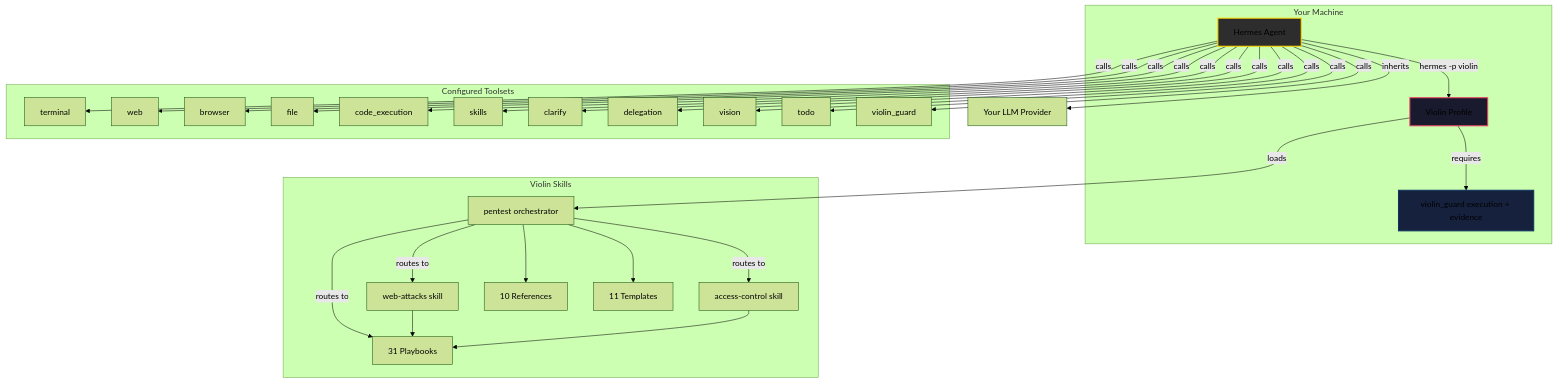
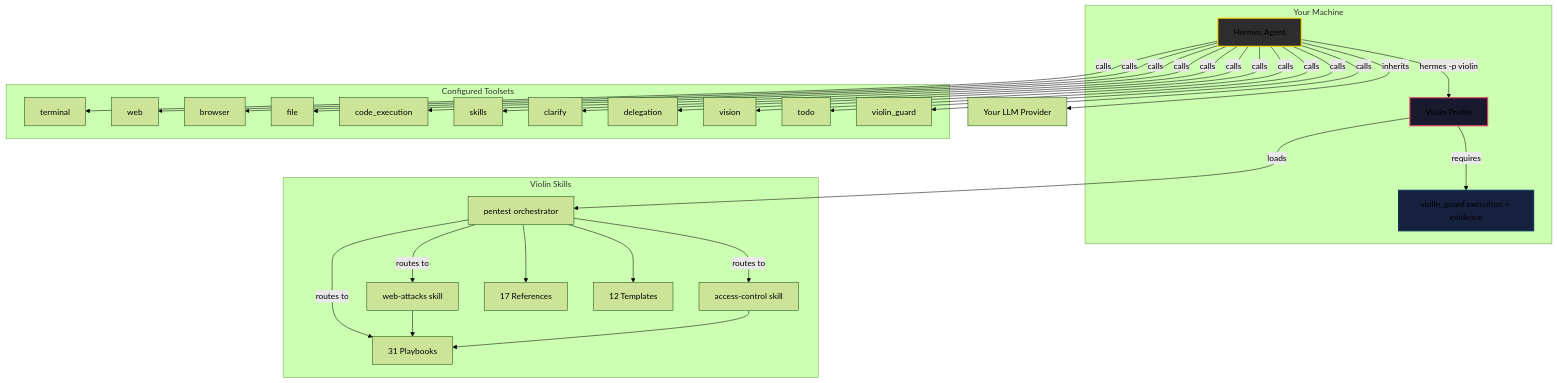
One commit to hunterMG/violin changed the second of 3 diagrams in README.md. Above: the diagram before and after it, drawn with Mermaid (forest theme). The commit also changed other lines of this file and 158 other files, not shown here.

````diff
--- a/README.md
+++ b/README.md
@@ -112,47 +112,47 @@
 ```mermaid
 graph TB
     subgraph "Your Machine"
         HE["Hermes Agent"]
         VI["Violin Profile"]
         GUARD["violin_guard execution + evidence"]
     end
     
     subgraph "Violin Skills"
         SK["pentest orchestrator"]
         WEB["web-attacks skill"]
         AC["access-control skill"]
         PB["31 Playbooks"]
-        REF["10 References"]
-        TEMP["11 Templates"]
+        REF["17 References"]
+        TEMP["12 Templates"]
     end
     
     subgraph "Configured Toolsets"
         T["terminal"]
         W["web"]
         B["browser"]
         F["file"]
         CE["code_execution"]
         S["skills"]
         CL["clarify"]
         D["delegation"]
         V["vision"]
         TD["todo"]
         VG["violin_guard"]
     end
     
     LLM["Your LLM Provider"]
     
     HE -->|"hermes -p violin"| VI
     VI -->|"loads"| SK
     VI -->|"requires"| GUARD
     SK -->|"routes to"| WEB & AC & PB
     WEB --> PB
     AC --> PB
     SK --> REF & TEMP
     HE -->|"calls"| T & W & B & F & CE & S & CL & D & V & TD & VG
     HE -->|"inherits"| LLM
 
     style HE fill:#2d2d2d,stroke:#ffd700,stroke-width:2px
     style VI fill:#1a1a2e,stroke:#e94560,stroke-width:2px
     style GUARD fill:#16213e,stroke:#0f3460,stroke-width:2px
 ```
````
